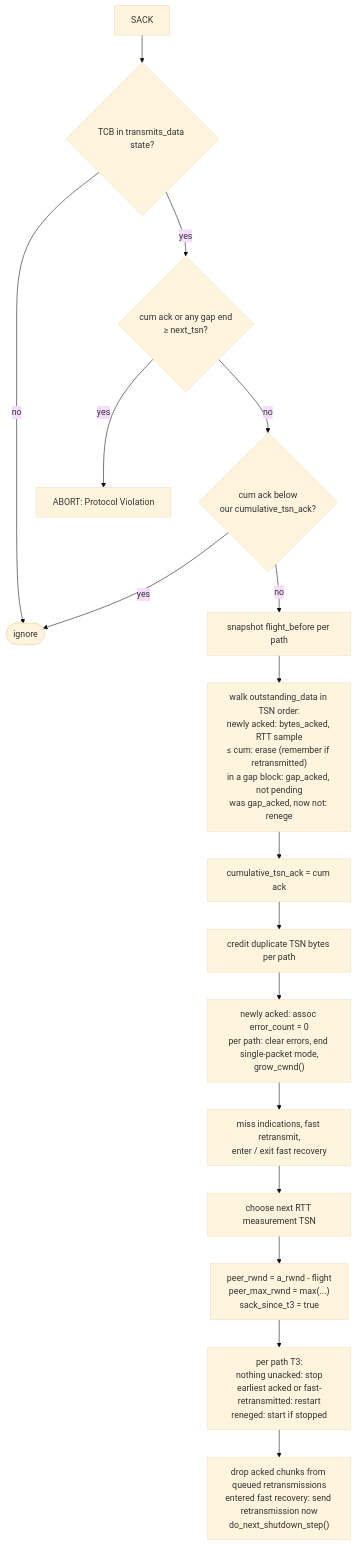
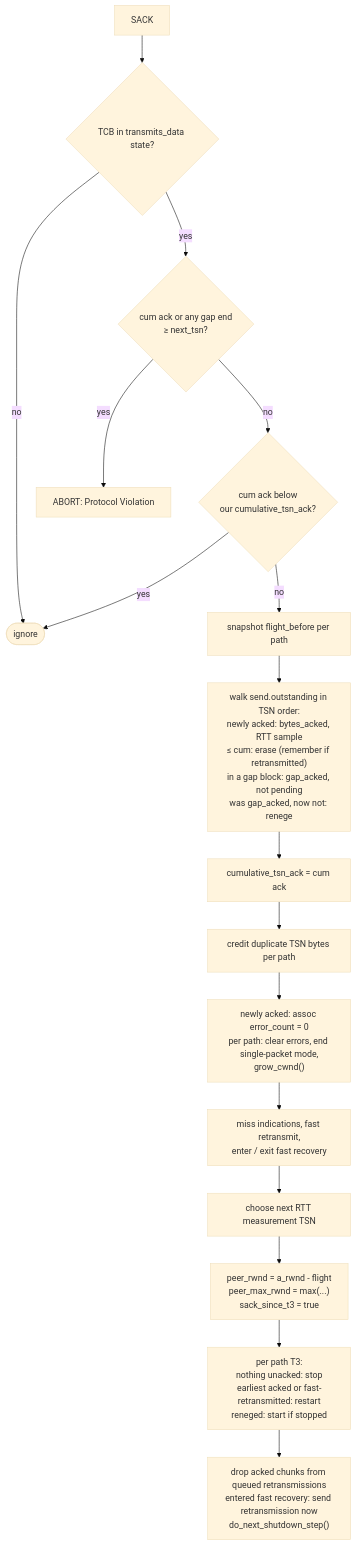
The eighth of 12 diagrams in docs/devs/05-outbound.md (ethanallenfernandez/sctp-stack), drawn with Mermaid (base theme) before and after one commit. The commit also changed other lines of this file and 38 other files, not shown here.

````diff
--- a/docs/devs/05-outbound.md
+++ b/docs/devs/05-outbound.md
@@ -298,19 +298,19 @@
 ```mermaid
 flowchart TD
     a["SACK"] --> st{"TCB in transmits_data state?"}
     st -- "no" --> ig(["ignore"])
     st -- "yes" --> un{"cum ack or any gap end<br/>≥ next_tsn?"}
     un -- "yes" --> pv["ABORT: Protocol Violation"]
     un -- "no" --> old{"cum ack below<br/>our cumulative_tsn_ack?"}
     old -- "yes" --> ig
     old -- "no" --> snap["snapshot flight_before per path"]
-    snap --> walk["walk outstanding_data in TSN order:<br/>newly acked: bytes_acked, RTT sample<br/>≤ cum: erase (remember if retransmitted)<br/>in a gap block: gap_acked, not pending<br/>was gap_acked, now not: renege"]
+    snap --> walk["walk send.outstanding in TSN order:<br/>newly acked: bytes_acked, RTT sample<br/>≤ cum: erase (remember if retransmitted)<br/>in a gap block: gap_acked, not pending<br/>was gap_acked, now not: renege"]
     walk --> cum["cumulative_tsn_ack = cum ack"]
     cum --> dup["credit duplicate TSN bytes per path"]
     dup --> err["newly acked: assoc error_count = 0<br/>per path: clear errors, end single-packet mode,<br/>grow_cwnd()"]
     err --> fr["miss indications, fast retransmit,<br/>enter / exit fast recovery"]
     fr --> rtt["choose next RTT measurement TSN"]
     rtt --> rw["peer_rwnd = a_rwnd - flight<br/>peer_max_rwnd = max(...)<br/>sack_since_t3 = true"]
     rw --> t3["per path T3:<br/>nothing unacked: stop<br/>earliest acked or fast-retransmitted: restart<br/>reneged: start if stopped"]
     t3 --> fin["drop acked chunks from queued retransmissions<br/>entered fast recovery: send retransmission now<br/>do_next_shutdown_step()"]
 ```
````
